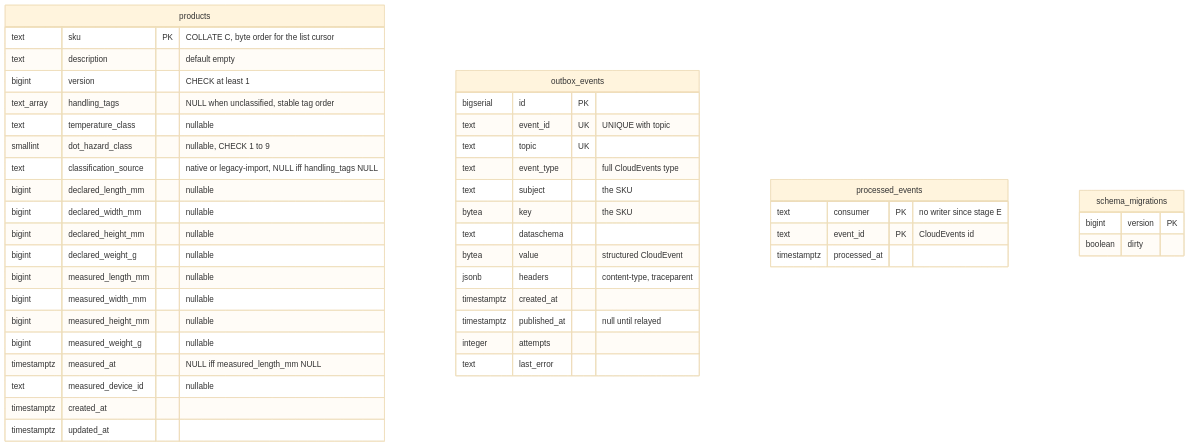
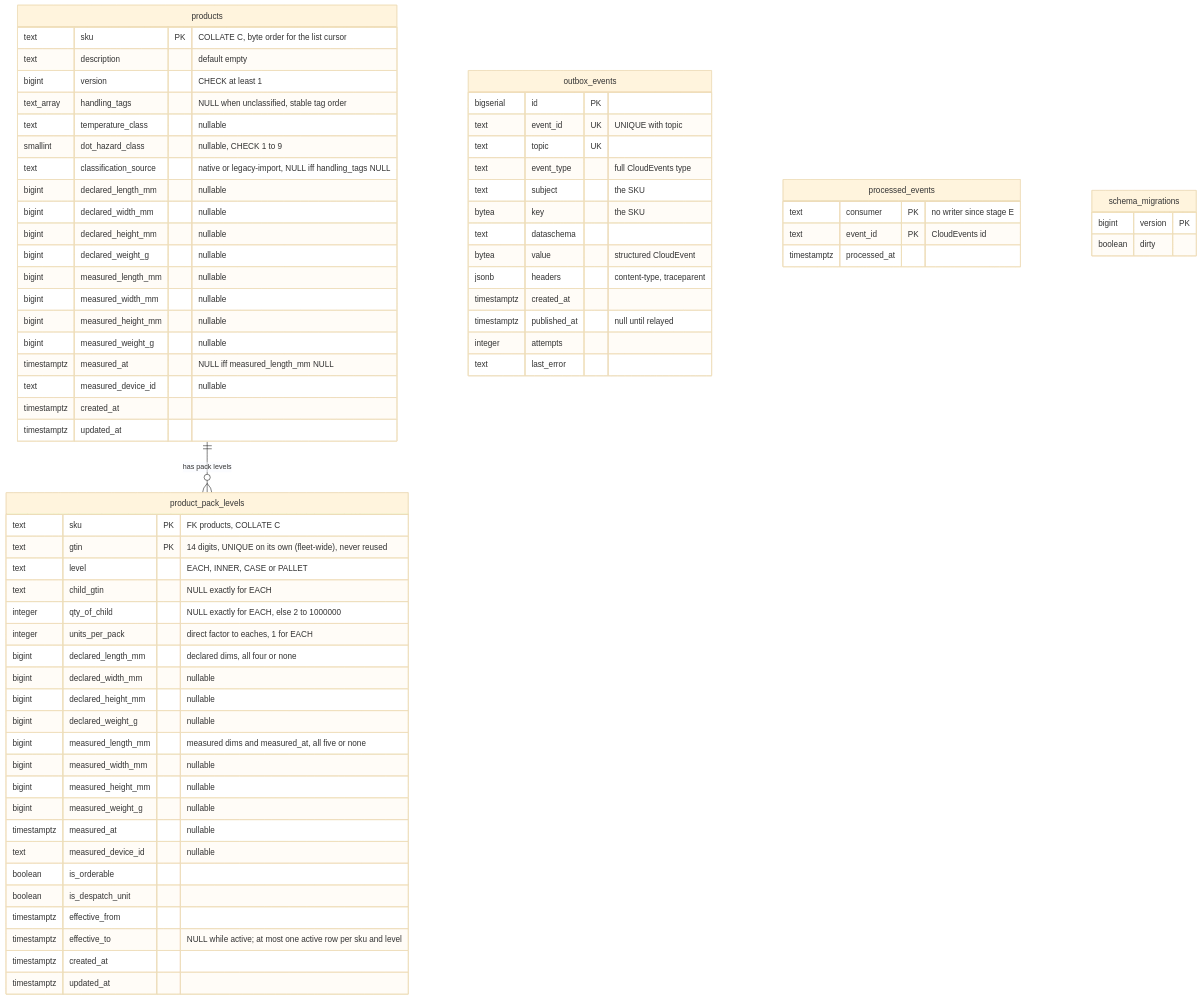
One commit to IQVO/product-master changed the diagram in docs/docs/ddd/entity-relationship.md. Above: the diagram before and after it, drawn with Mermaid (base theme). The commit also changed other lines of this file and 65 other files, not shown here.

First line of the commit message:
feat(packaging): pack levels with GS1 GTINs (ADR 0011)

````diff
--- a/docs/docs/ddd/entity-relationship.md
+++ b/docs/docs/ddd/entity-relationship.md
@@ -24,48 +24,73 @@
 ```mermaid
 erDiagram
   products {
     text sku PK "COLLATE C, byte order for the list cursor"
     text description "default empty"
     bigint version "CHECK at least 1"
     text_array handling_tags "NULL when unclassified, stable tag order"
     text temperature_class "nullable"
     smallint dot_hazard_class "nullable, CHECK 1 to 9"
     text classification_source "native or legacy-import, NULL iff handling_tags NULL"
     bigint declared_length_mm "nullable"
     bigint declared_width_mm "nullable"
     bigint declared_height_mm "nullable"
     bigint declared_weight_g "nullable"
     bigint measured_length_mm "nullable"
     bigint measured_width_mm "nullable"
     bigint measured_height_mm "nullable"
     bigint measured_weight_g "nullable"
     timestamptz measured_at "NULL iff measured_length_mm NULL"
     text measured_device_id "nullable"
+    timestamptz created_at
+    timestamptz updated_at
+  }
+  product_pack_levels {
+    text sku PK "FK products, COLLATE C"
+    text gtin PK "14 digits, UNIQUE on its own (fleet-wide), never reused"
+    text level "EACH, INNER, CASE or PALLET"
+    text child_gtin "NULL exactly for EACH"
+    integer qty_of_child "NULL exactly for EACH, else 2 to 1000000"
+    integer units_per_pack "direct factor to eaches, 1 for EACH"
+    bigint declared_length_mm "declared dims, all four or none"
+    bigint declared_width_mm "nullable"
+    bigint declared_height_mm "nullable"
+    bigint declared_weight_g "nullable"
+    bigint measured_length_mm "measured dims and measured_at, all five or none"
+    bigint measured_width_mm "nullable"
+    bigint measured_height_mm "nullable"
+    bigint measured_weight_g "nullable"
+    timestamptz measured_at "nullable"
+    text measured_device_id "nullable"
+    boolean is_orderable
+    boolean is_despatch_unit
+    timestamptz effective_from
+    timestamptz effective_to "NULL while active; at most one active row per sku and level"
     timestamptz created_at
     timestamptz updated_at
   }
   outbox_events {
     bigserial id PK
     text event_id UK "UNIQUE with topic"
     text topic UK
     text event_type "full CloudEvents type"
     text subject "the SKU"
     bytea key "the SKU"
     text dataschema
     bytea value "structured CloudEvent"
     jsonb headers "content-type, traceparent"
     timestamptz created_at
     timestamptz published_at "null until relayed"
     integer attempts
     text last_error
   }
   processed_events {
     text consumer PK "no writer since stage E"
     text event_id PK "CloudEvents id"
     timestamptz processed_at
   }
   schema_migrations {
     bigint version PK
     boolean dirty
   }
+  products ||--o{ product_pack_levels : "has pack levels"
 ```
````
